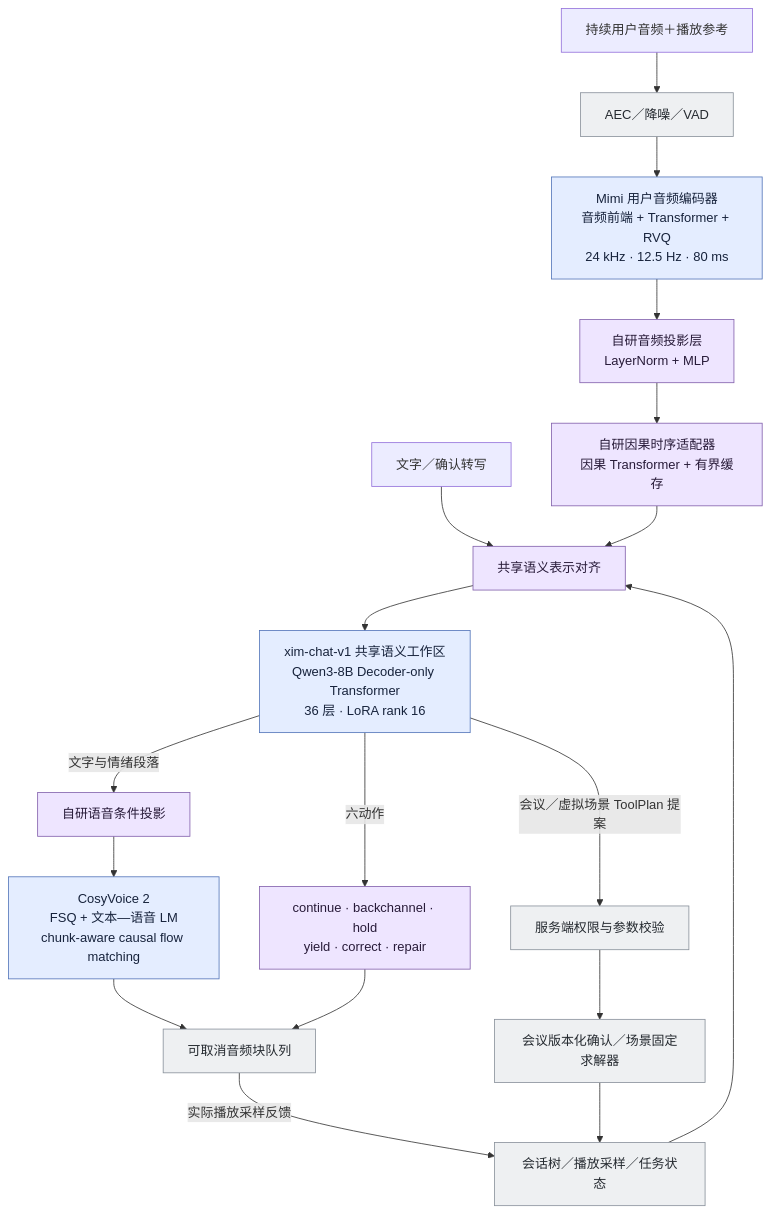
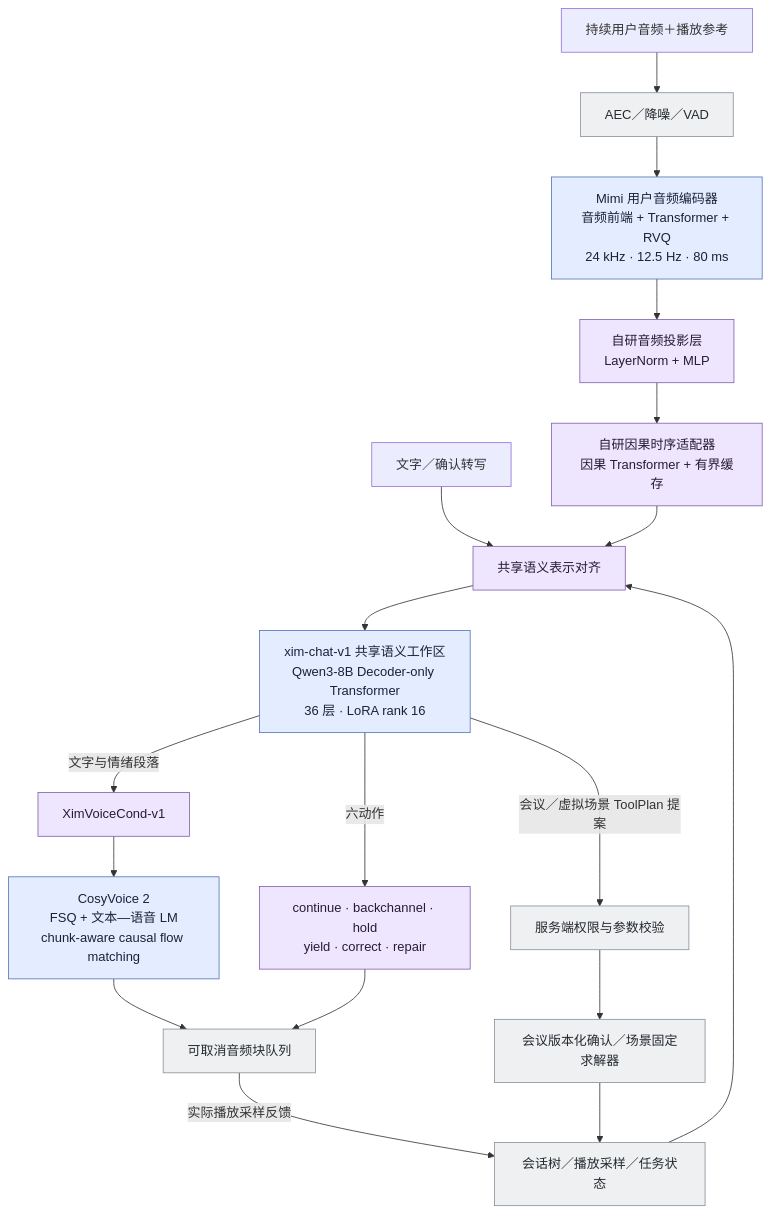
One commit to wuki-creator/Xim-duplex changed the first of 2 diagrams in README.md. Above: the diagram before and after it, drawn with Mermaid. The commit also changed other lines of this file and 3 other files, not shown here.

Commit message:
docs: define XimVoiceCond-v1 architecture

````diff
--- a/README.md
+++ b/README.md
@@ -23,27 +23,27 @@
 ```mermaid
 flowchart TD
     AUDIO[持续用户音频＋播放参考] --> AEC[AEC／降噪／VAD]
     AEC --> MIMI[Mimi 用户音频编码器<br/>音频前端 + Transformer + RVQ<br/>24 kHz · 12.5 Hz · 80 ms]
     MIMI --> PROJ[自研音频投影层<br/>LayerNorm + MLP]
     PROJ --> TEMP[自研因果时序适配器<br/>因果 Transformer + 有界缓存]
     TEXT[文字／确认转写] --> ALIGN[共享语义表示对齐]
     STATE[会话树／播放采样／任务状态] --> ALIGN
     TEMP --> ALIGN
     ALIGN --> XIM[xim-chat-v1 共享语义工作区<br/>Qwen3-8B Decoder-only Transformer<br/>36 层 · LoRA rank 16]
     XIM -->|六动作| TURN[continue · backchannel · hold<br/>yield · correct · repair]
-    XIM -->|文字与情绪段落| VPROJ[自研语音条件投影]
+    XIM -->|文字与情绪段落| VPROJ[XimVoiceCond-v1]
     VPROJ --> CV2[CosyVoice 2<br/>FSQ + 文本—语音 LM<br/>chunk-aware causal flow matching]
     CV2 --> PLAY[可取消音频块队列]
     TURN --> PLAY
     PLAY -->|实际播放采样反馈| STATE
     XIM -->|会议／虚拟场景 ToolPlan 提案| CHECK[服务端权限与参数校验]
     CHECK --> TASK[会议版本化确认／场景固定求解器]
     TASK --> STATE
 
     classDef model fill:#e4edff,stroke:#5274b9,color:#17233c;
     classDef train fill:#eee5ff,stroke:#8260ac,color:#281b39;
     classDef rule fill:#eef0f2,stroke:#89919b,color:#252a30;
     class MIMI,XIM,CV2 model;
     class PROJ,TEMP,ALIGN,TURN,VPROJ train;
     class AEC,STATE,PLAY,CHECK,TASK rule;
 ```
````
